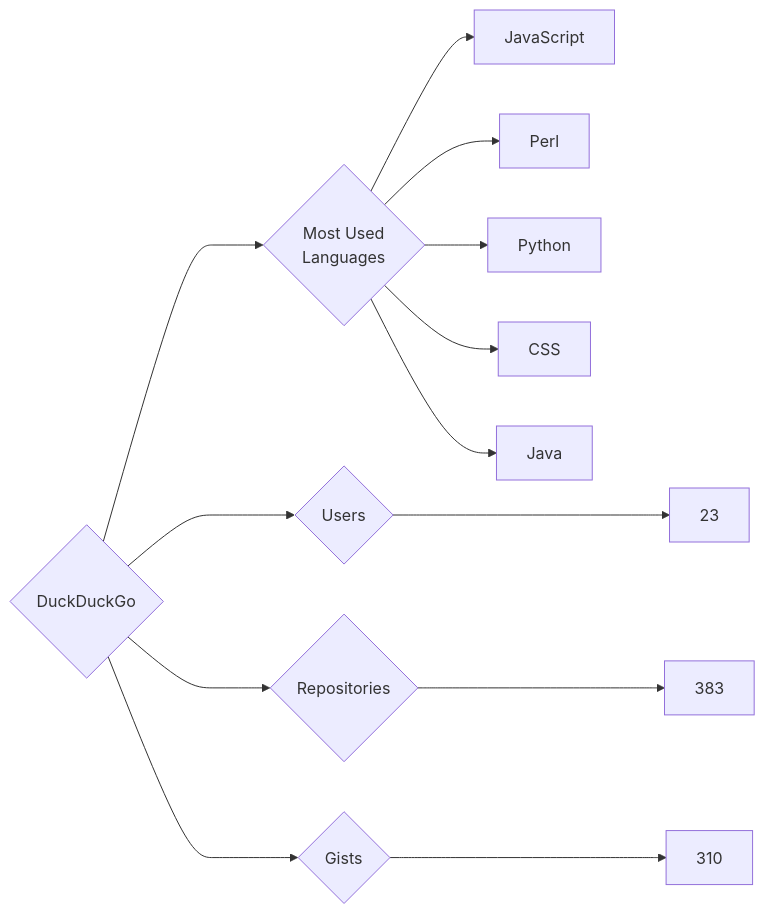
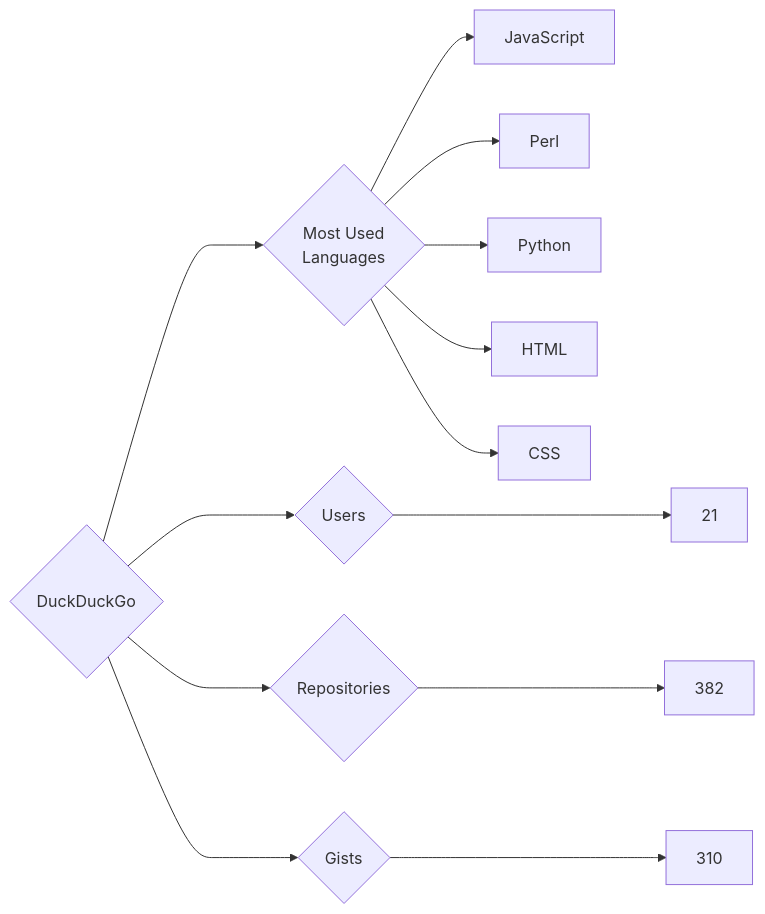
Before and after one commit to trickest/insiders: the diagram in targets/DuckDuckGo/README.md, drawn with Mermaid. The commit also changed 847 other files, not shown here.

````diff
--- a/targets/DuckDuckGo/README.md
+++ b/targets/DuckDuckGo/README.md
@@ -3,13 +3,13 @@
 ```mermaid
 graph LR
 COMPANY_NAME{DuckDuckGo}
-COMPANY_NAME ---> U{Users} ---> UN[23]
-COMPANY_NAME ---> R{Repositories} ---> RN[383]
+COMPANY_NAME ---> U{Users} ---> UN[21]
+COMPANY_NAME ---> R{Repositories} ---> RN[382]
 COMPANY_NAME ---> G{Gists} ---> GN[310]
 COMPANY_NAME ---> ML{Most Used<br>Languages}
 ML --> JavaScript[JavaScript]
 ML --> Perl[Perl]
 ML --> Python[Python]
+ML --> HTML[HTML]
 ML --> CSS[CSS]
-ML --> Java[Java]
 ```
````
